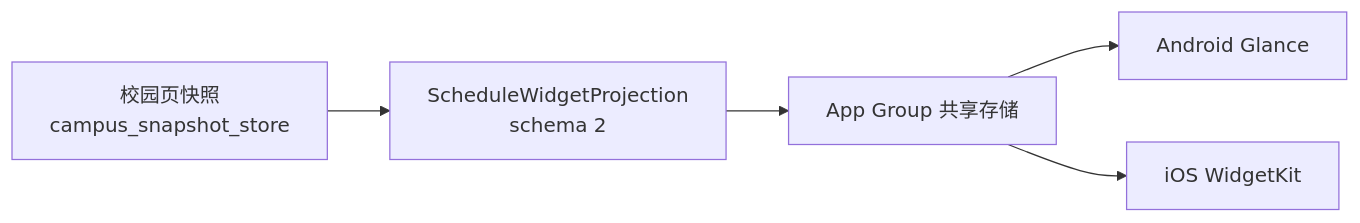
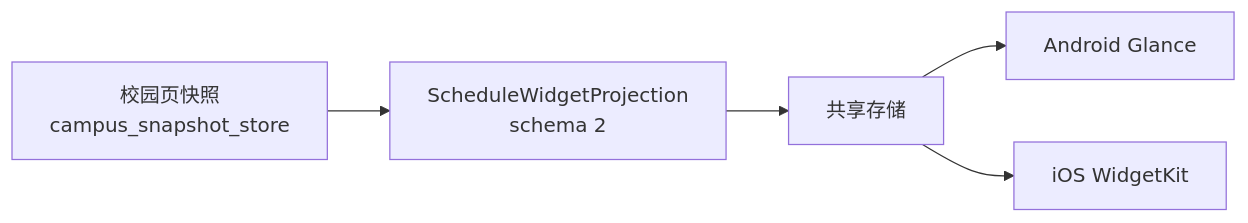
The diagram in development/mobile/widgets.md (YourTongji/YourTJ-Doc), drawn with Mermaid before and after one commit. The commit also changed other lines of this file, not shown here.

````diff
--- a/development/mobile/widgets.md
+++ b/development/mobile/widgets.md
@@ -9,7 +26,7 @@
 ```mermaid
 flowchart LR
   A["校园页快照<br/>campus_snapshot_store"] --> B["ScheduleWidgetProjection<br/>schema 2"]
-  B --> C["App Group 共享存储"]
+  B --> C["共享存储"]
   C --> D["Android Glance"]
   C --> E["iOS WidgetKit"]
 ```
````
